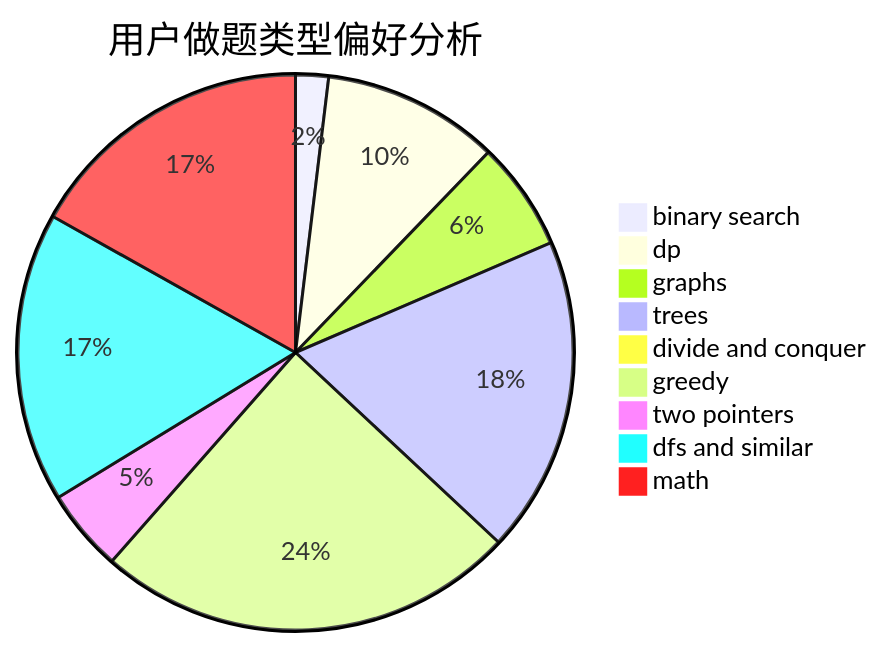
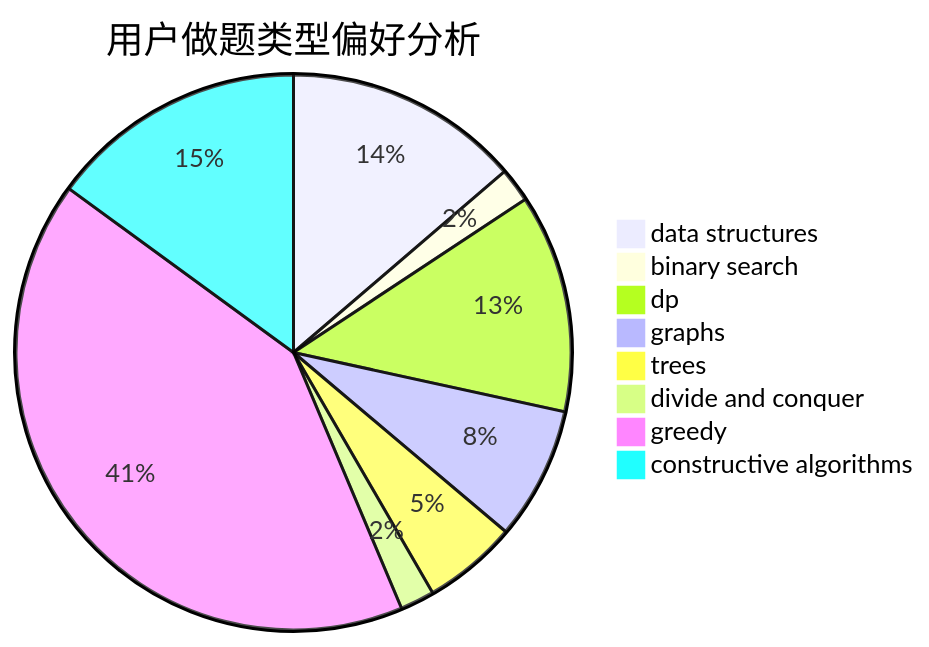
One commit to sherpahu/cfrs.github.io changed the second of 3 diagrams in docs/user/u1960.md. Above: the diagram before and after it, drawn with Mermaid. The commit also changed other lines of this file and 2775 other files, not shown here.

````diff
--- a/docs/user/u1960.md
+++ b/docs/user/u1960.md
@@ -23,12 +23,11 @@
 ```mermaid
 pie title 用户做题类型偏好分析
-    "binary search" :  16
-    "dp" :  86
-    "graphs" :  53
-    "trees" :  154
+    "data structures" :  55
+    "binary search" :  8
+    "dp" :  51
+    "graphs" :  31
+    "trees" :  22
     "divide and conquer" :  8
-    "greedy" :  205
-    "two pointers" :  40
-    "dfs and similar" :  141
-    "math" :  141
+    "greedy" :  166
+    "constructive algorithms" :  60
 ```
````
